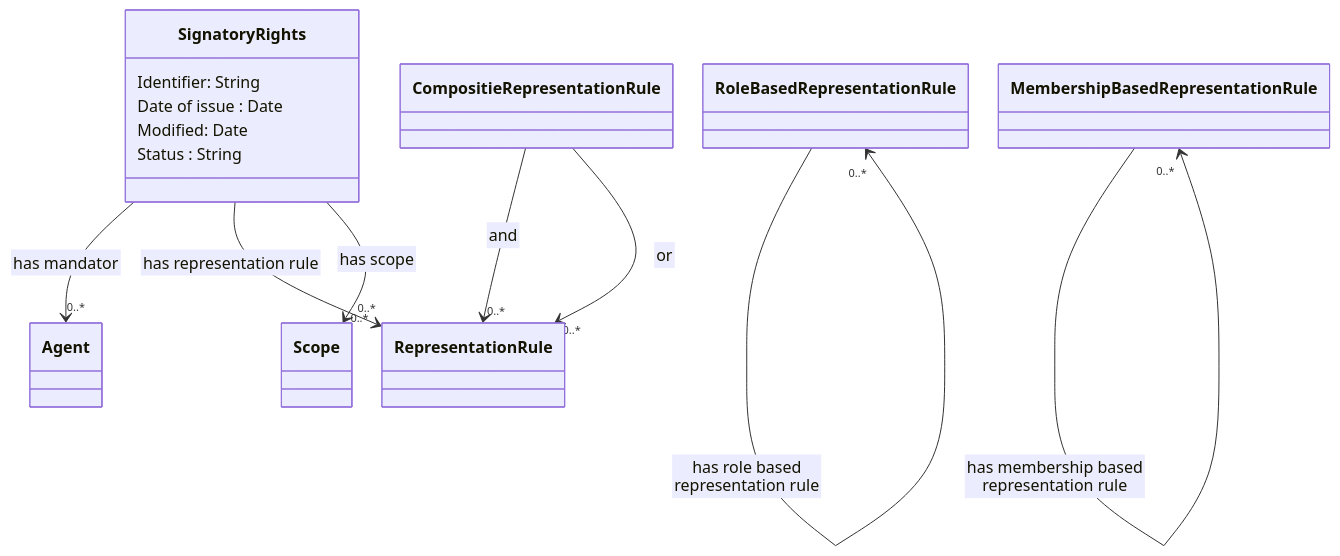
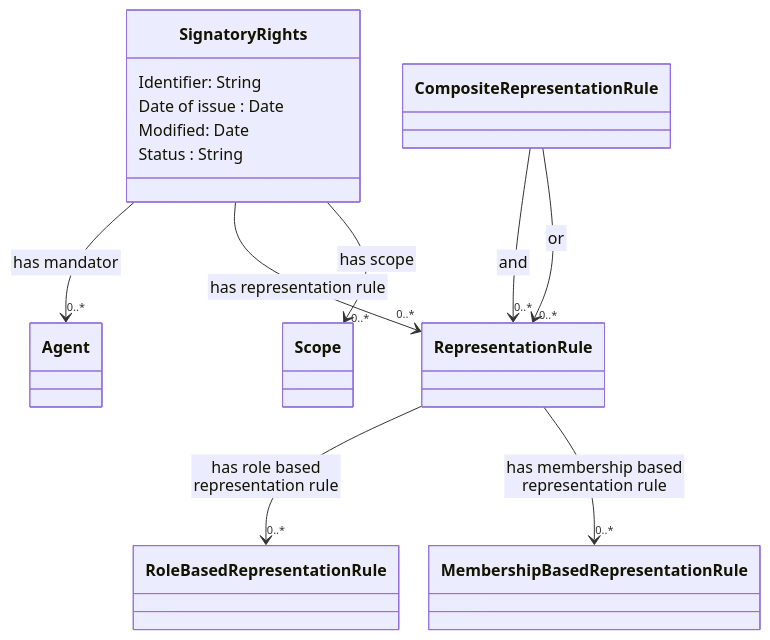
The diagram in README.md (nordicsmartgovernment/Nordic-Signatory-Rights-Model), drawn with Mermaid before and after one commit.

````diff
--- a/README.md
+++ b/README.md
@@ -22,34 +22,34 @@
 ```mermaid
  %%{init:{'flowchart':{'nodeSpacing': 30, 'rankSpacing': 95, 'htmlLabels': false}}}%%
     classDiagram
        
         class Signatory Rights {
             Identifier: String
             Date of issue : Date
             Modified: Date
             Status : String
         }
 
         Signatory Rights --> "0..*" Agent : has mandator
         Signatory Rights --> "0..*" Representation Rule : has representation rule
         Signatory Rights --> "0..*" Scope : has scope
 
         class Agent {
         }
 
         class Representation Rule {
         }
 
-        Role Based Representation Rule  --> "0..*" Role Based Representation Rule : has role based representation rule
-        Membership Based Representation Rule --> "0..*" Membership Based Representation Rule : has membership based representation rule
+        Representation Rule  --> "0..*" Role Based Representation Rule : has role based representation rule
+        Representation Rule --> "0..*" Membership Based Representation Rule : has membership based representation rule
 
-        class Compositie Representation Rule {
+        class Composite Representation Rule {
         }
 
-        Compositie Representation Rule --> "0..*" Representation Rule : and
-        Compositie Representation Rule --> "0..*" Representation Rule : or
+        Composite Representation Rule --> "0..*" Representation Rule : and
+        Composite Representation Rule --> "0..*" Representation Rule : or
 
         class Scope {
         }
 
 ```
````
